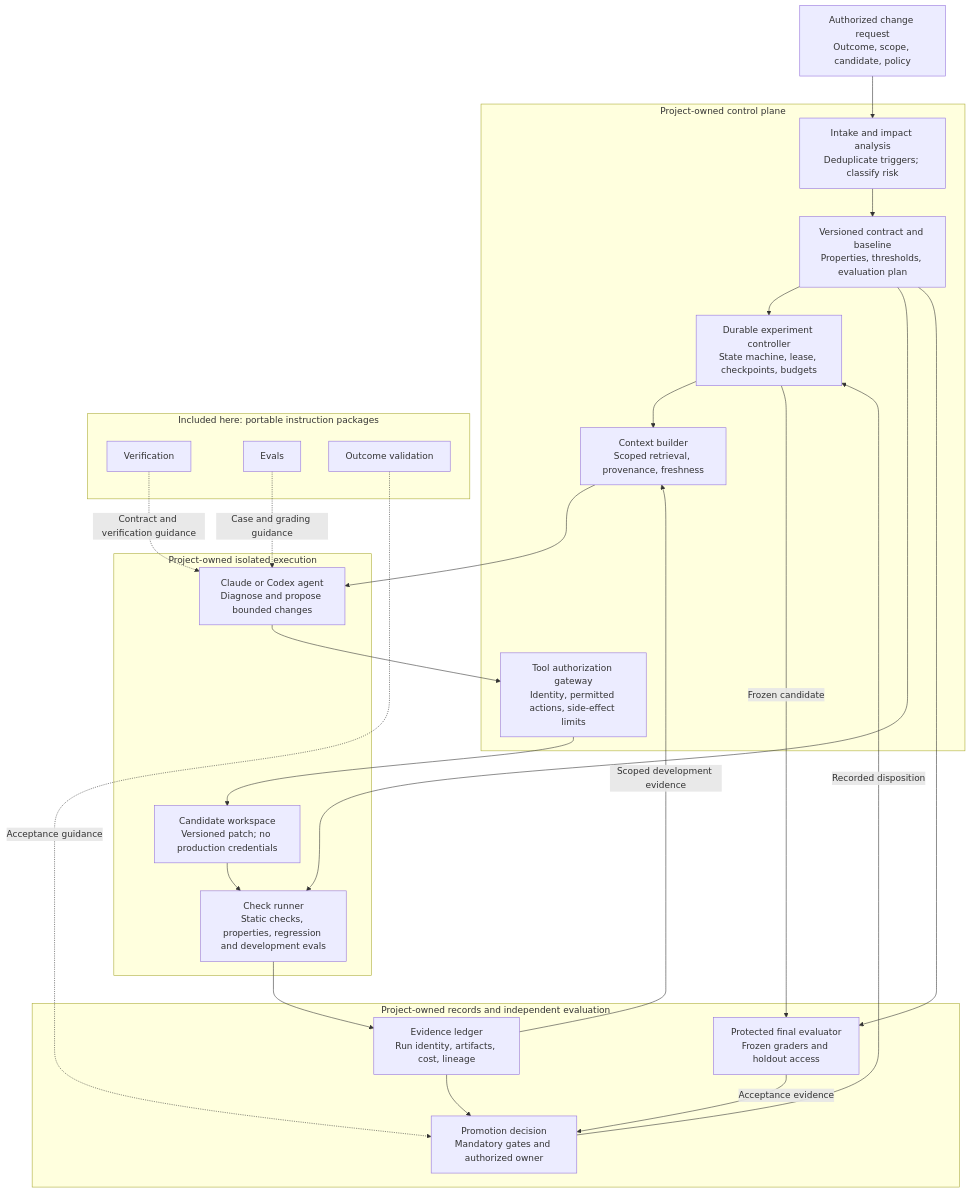
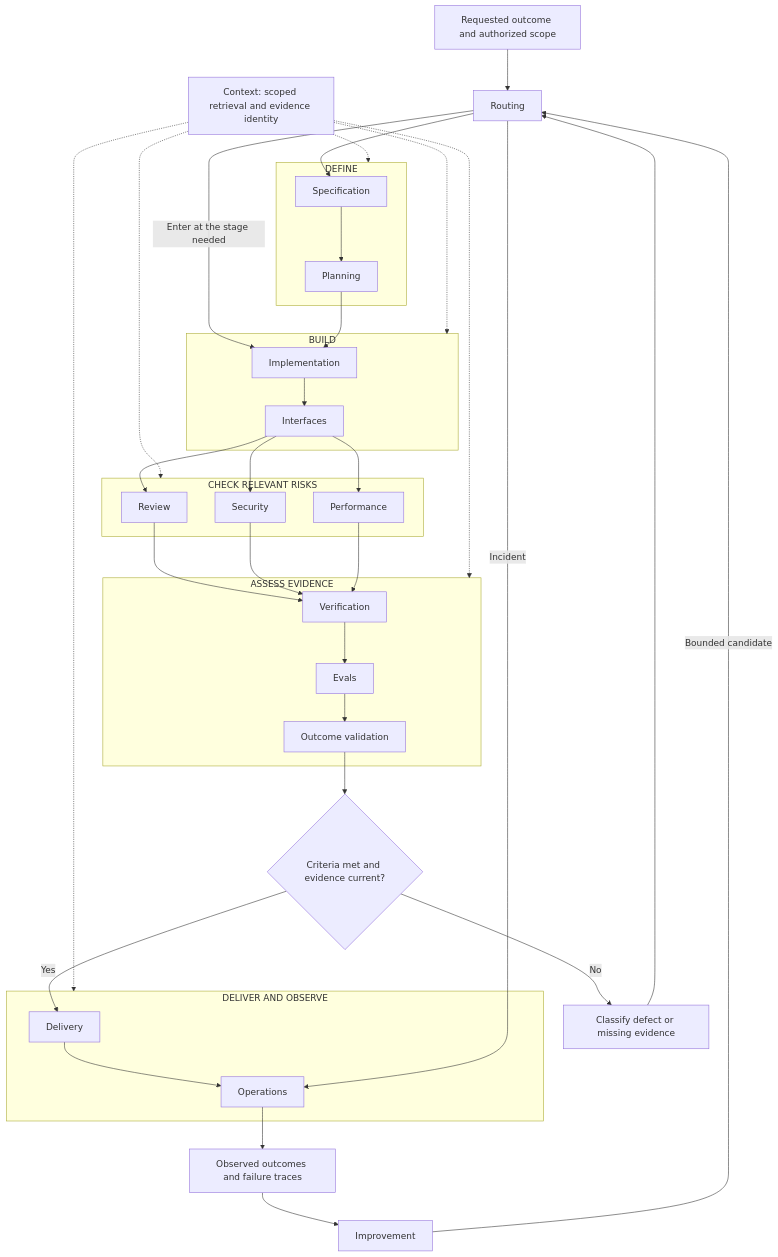
The first of 4 diagrams in docs/ARCHITECTURE.md (bijit-ghosh/Agent-Skills), drawn with Mermaid before and after one commit. The commit also changed other lines of this file and 6 other files, not shown here.

Commit message:
Synchronize architecture, examples, installation and evidence across the 15-skill lifecycle

````diff
--- a/docs/ARCHITECTURE.md
+++ b/docs/ARCHITECTURE.md
@@ -38,40 +11,44 @@
 ```mermaid
 flowchart TB
-    INPUT["Authorized change request<br/>Outcome, scope, candidate, policy"]
-    subgraph CONTROL["Project-owned control plane"]
-        INTAKE["Intake and impact analysis<br/>Deduplicate triggers; classify risk"]
-        CONTRACT["Versioned contract and baseline<br/>Properties, thresholds, evaluation plan"]
-        RUNNER["Durable experiment controller<br/>State machine, lease, checkpoints, budgets"]
-        CONTEXT["Context builder<br/>Scoped retrieval, provenance, freshness"]
-        POLICY["Tool authorization gateway<br/>Identity, permitted actions, side-effect limits"]
+    Request["Requested outcome and authorized scope"] --> Route["Routing"]
+    subgraph Define["DEFINE"]
+        Spec["Specification"] --> Plan["Planning"]
     end
-    subgraph INCLUDED["Included here: portable instruction packages"]
-        V["Verification"]
-        E["Evals"]
-        O["Outcome validation"]
+    subgraph Build["BUILD"]
+        Impl["Implementation"] --> UI["Interfaces"]
     end
-    subgraph EXEC["Project-owned isolated execution"]
-        AGENT["Claude or Codex agent<br/>Diagnose and propose bounded changes"]
-        CANDIDATE["Candidate workspace<br/>Versioned patch; no production credentials"]
-        CHECKS["Check runner<br/>Static checks, properties, regression and development evals"]
+    subgraph Check["CHECK RELEVANT RISKS"]
+        Review["Review"]
+        Sec["Security"]
+        Perf["Performance"]
     end
-    subgraph EVIDENCE["Project-owned records and independent evaluation"]
-        LEDGER["Evidence ledger<br/>Run identity, artifacts, cost, lineage"]
-        FINAL["Protected final evaluator<br/>Frozen graders and holdout access"]
-        DECISION["Promotion decision<br/>Mandatory gates and authorized owner"]
+    subgraph Prove["ASSESS EVIDENCE"]
+        Verify["Verification"] --> Evals["Evals"]
+        Evals --> Outcome["Outcome validation"]
     end
-    INPUT --> INTAKE --> CONTRACT --> RUNNER
-    RUNNER --> CONTEXT --> AGENT
-    V -.->|"Contract and verification guidance"| AGENT
-    E -.->|"Case and grading guidance"| AGENT
-    O -.->|"Acceptance guidance"| DECISION
-    AGENT --> POLICY --> CANDIDATE --> CHECKS
-    CONTRACT --> CHECKS
-    CHECKS --> LEDGER
-    LEDGER -->|"Scoped development evidence"| CONTEXT
-    RUNNER -->|"Frozen candidate"| FINAL
-    CONTRACT --> FINAL
-    FINAL -->|"Acceptance evidence"| DECISION
-    LEDGER --> DECISION
-    DECISION -->|"Recorded disposition"| RUNNER
+    subgraph Operate["DELIVER AND OBSERVE"]
+        Delivery["Delivery"] --> Ops["Operations"]
+    end
+    Route --> Spec
+    Route -->|"Enter at the stage needed"| Impl
+    Route -->|"Incident"| Ops
+    Plan --> Impl
+    UI --> Review
+    UI --> Sec
+    UI --> Perf
+    Review --> Verify
+    Sec --> Verify
+    Perf --> Verify
+    Outcome --> Decision{"Criteria met and evidence current?"}
+    Decision -->|"Yes"| Delivery
+    Decision -->|"No"| Gap["Classify defect or missing evidence"]
+    Gap --> Route
+    Ops --> Feedback["Observed outcomes and failure traces"]
+    Feedback --> Improve["Improvement"]
+    Improve -->|"Bounded candidate"| Route
+    Context["Context: scoped retrieval and evidence identity"] -.-> Define
+    Context -.-> Build
+    Context -.-> Check
+    Context -.-> Prove
+    Context -.-> Operate
 ```
````
